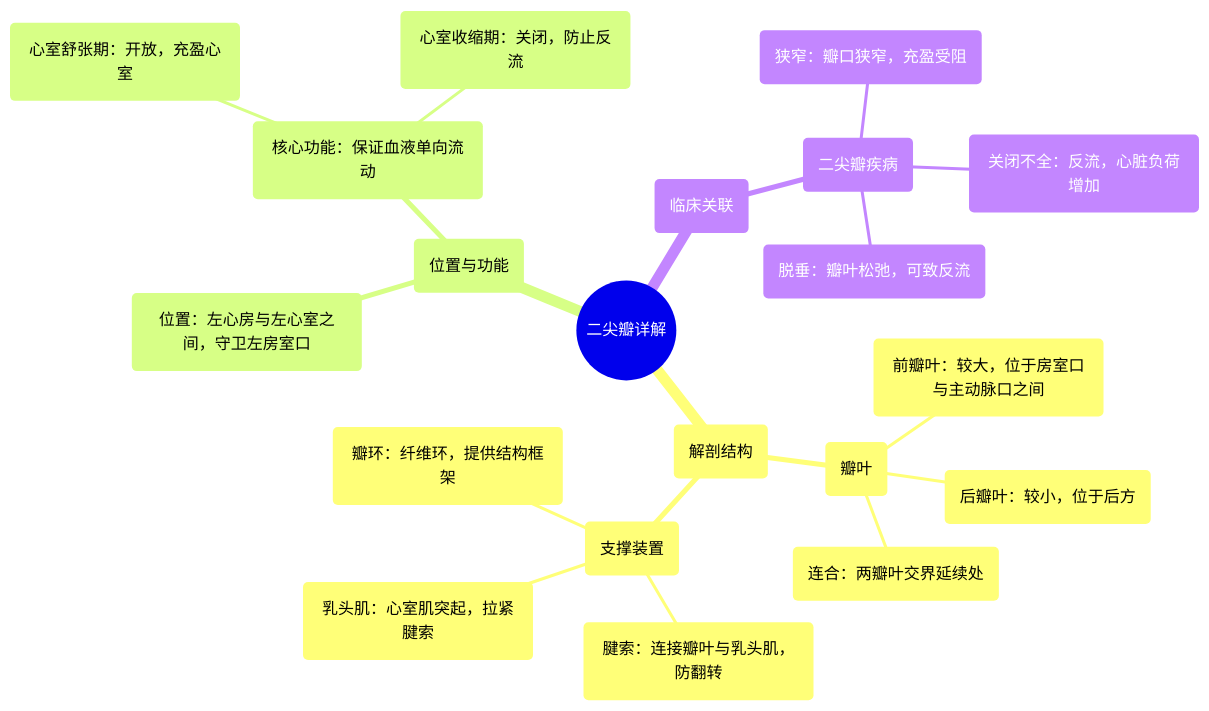
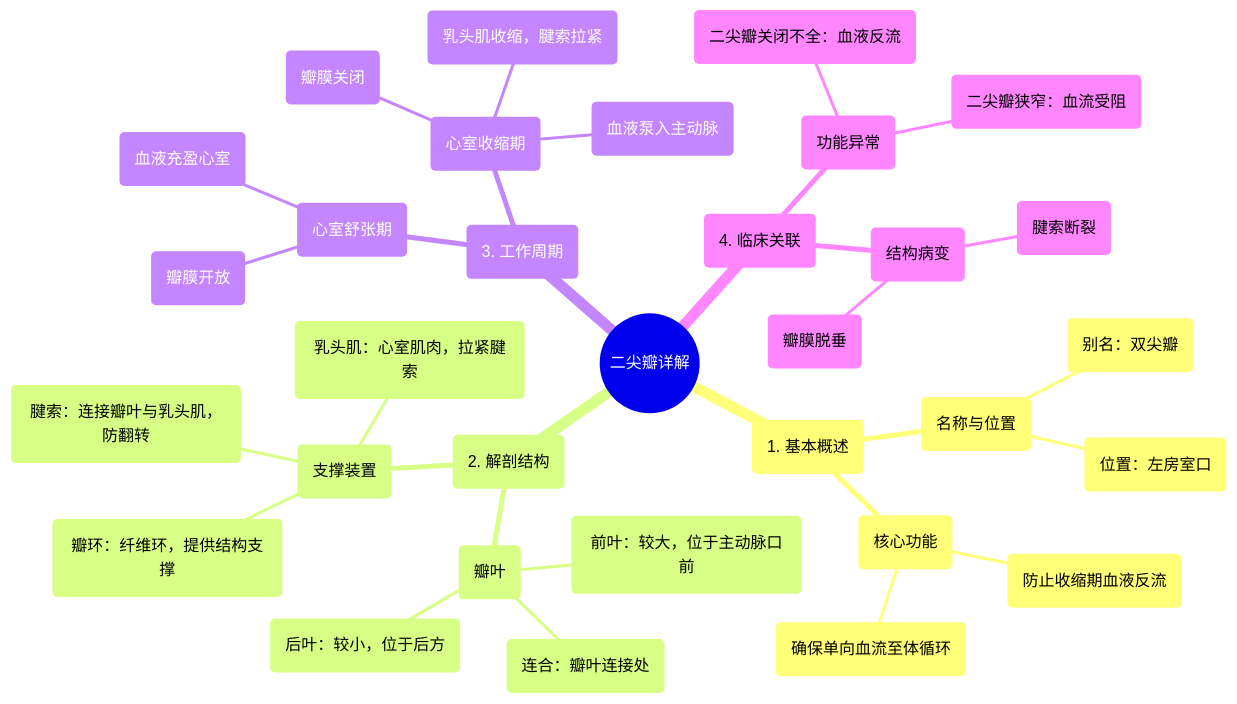
The diagram in docs/专辑 01：心脏解剖学实景课 (Heart Anatomy - Course)/10 360 video - Mitral Valve - Explained in Mixed Reality.md (hello-47777/xinxueguan), drawn with Mermaid before and after one commit. The commit also changed other lines of this file and 414 other files, not shown here.

````diff
--- a/docs/专辑 01：心脏解剖学实景课 (Heart Anatomy - Course)/10 360 video - Mitral Valve - Explained in Mixed Reality.md
+++ b/docs/专辑 01：心脏解剖学实景课 (Heart Anatomy - Course)/10 360 video - Mitral Valve - Explained in Mixed Reality.md
@@ -51,23 +54,35 @@
 ```mermaid
 mindmap
   root(("二尖瓣详解"))
-    ("解剖结构")
+    ("1. 基本概述")
+      ("名称与位置")
+        ("别名：双尖瓣")
+        ("位置：左房室口")
+      ("核心功能")
+        ("防止收缩期血液反流")
+        ("确保单向血流至体循环")
+    ("2. 解剖结构")
       ("瓣叶")
-        ("前瓣叶：较大，位于房室口与主动脉口之间")
-        ("后瓣叶：较小，位于后方")
-        ("连合：两瓣叶交界延续处")
+        ("前叶：较大，位于主动脉口前")
+        ("后叶：较小，位于后方")
+        ("连合：瓣叶连接处")
       ("支撑装置")
-        ("瓣环：纤维环，提供结构框架")
+        ("瓣环：纤维环，提供结构支撑")
         ("腱索：连接瓣叶与乳头肌，防翻转")
-        ("乳头肌：心室肌突起，拉紧腱索")
-    ("位置与功能")
-      ("位置：左心房与左心室之间，守卫左房室口")
-      ("核心功能：保证血液单向流动")
-        ("心室舒张期：开放，充盈心室")
-        ("心室收缩期：关闭，防止反流")
-    ("临床关联")
-      ("二尖瓣疾病")
-        ("狭窄：瓣口狭窄，充盈受阻")
-        ("关闭不全：反流，心脏负荷增加")
-        ("脱垂：瓣叶松弛，可致反流")
+        ("乳头肌：心室肌肉，拉紧腱索")
+    ("3. 工作周期")
+      ("心室舒张期")
+        ("瓣膜开放")
+        ("血液充盈心室")
+      ("心室收缩期")
+        ("瓣膜关闭")
+        ("乳头肌收缩，腱索拉紧")
+        ("血液泵入主动脉")
+    ("4. 临床关联")
+      ("功能异常")
+        ("二尖瓣关闭不全：血液反流")
+        ("二尖瓣狭窄：血流受阻")
+      ("结构病变")
+        ("瓣膜脱垂")
+        ("腱索断裂")
 ```
````
